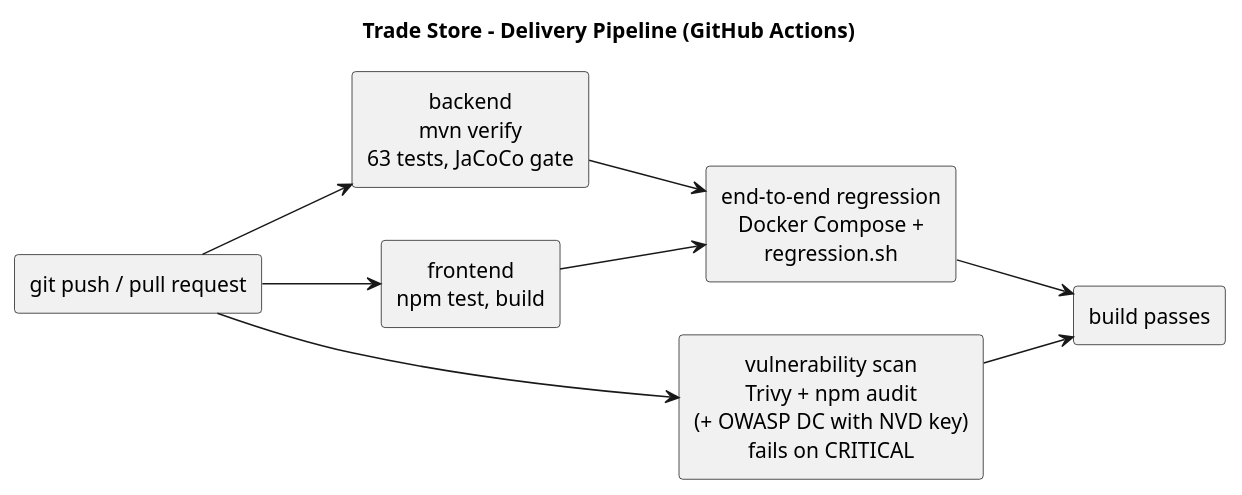
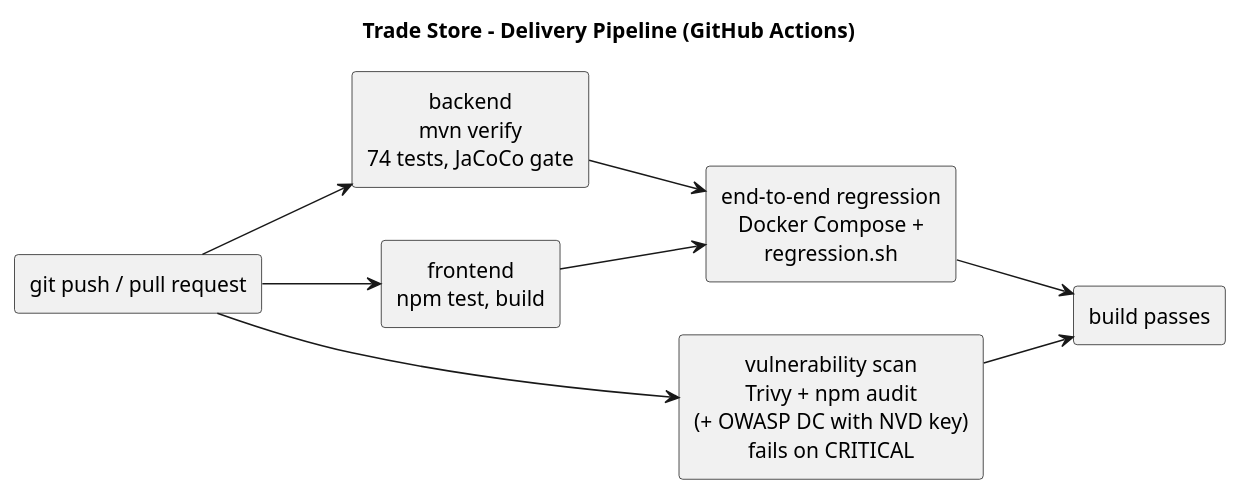
Before and after one commit to vijaydixitffis/dws-trade-app: the diagram in docs/diagrams/cicd.puml, drawn with PlantUML. The commit also changed 18 other files, not shown here.

```diff
--- a/docs/diagrams/cicd.puml
+++ b/docs/diagrams/cicd.puml
@@ -1,21 +1,21 @@
 @startuml cicd
 title Trade Store - Delivery Pipeline (GitHub Actions)
 skinparam defaultTextAlignment center
 left to right direction
 
 rectangle "git push / pull request" as push
 
-rectangle "backend\nmvn verify\n63 tests, JaCoCo gate" as backend
+rectangle "backend\nmvn verify\n74 tests, JaCoCo gate" as backend
 rectangle "frontend\nnpm test, build" as frontend
 rectangle "vulnerability scan\nTrivy + npm audit\n(+ OWASP DC with NVD key)\nfails on CRITICAL" as scan
 rectangle "end-to-end regression\nDocker Compose +\nregression.sh" as e2e
 rectangle "build passes" as ok
 
 push --> backend
 push --> frontend
 push --> scan
 backend --> e2e
 frontend --> e2e
 e2e --> ok
 scan --> ok
 @enduml
```
